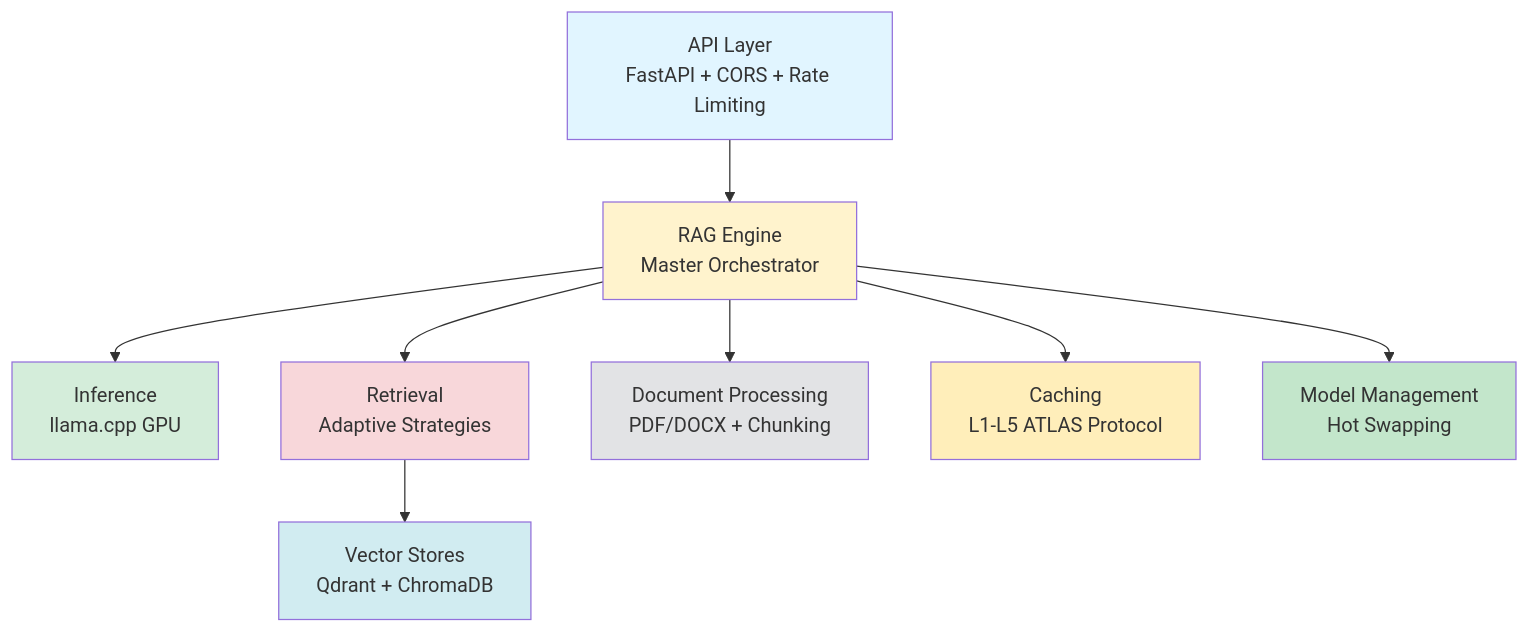
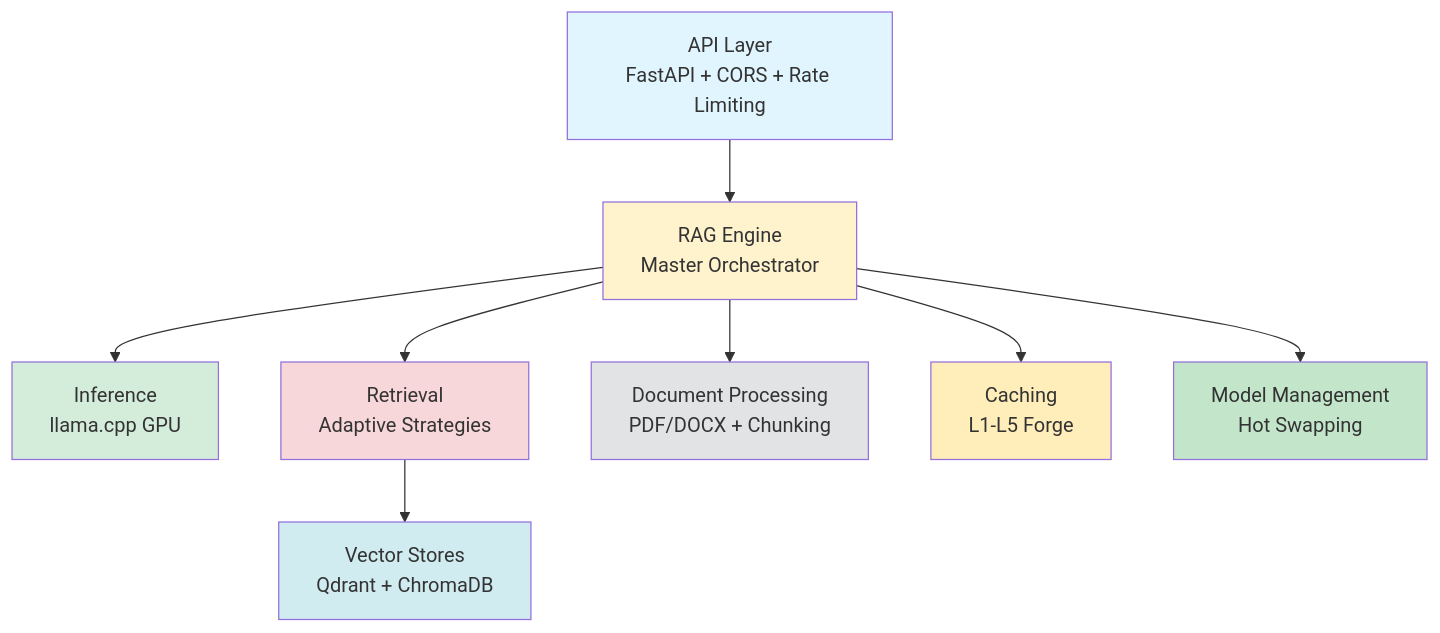
One commit to zhadyz/tactical-rag-system changed the first of 2 diagrams in docs-site/pages/architecture/backend.mdx. Above: the diagram before and after it, drawn with Mermaid. The commit also changed other lines of this file and 116 other files, not shown here.

````diff
--- a/docs-site/pages/architecture/backend.mdx
+++ b/docs-site/pages/architecture/backend.mdx
@@ -50,19 +50,19 @@
 ```mermaid
 graph TB
     A[API Layer<br/>FastAPI + CORS + Rate Limiting] --> B[RAG Engine<br/>Master Orchestrator]
     B --> C[Inference<br/>llama.cpp GPU]
     B --> D[Retrieval<br/>Adaptive Strategies]
     D --> E[Vector Stores<br/>Qdrant + ChromaDB]
     B --> F[Document Processing<br/>PDF/DOCX + Chunking]
-    B --> G[Caching<br/>L1-L5 ATLAS Protocol]
+    B --> G[Caching<br/>L1-L5 Forge]
     B --> H[Model Management<br/>Hot Swapping]
 
     style A fill:#e1f5ff
     style B fill:#fff3cd
     style C fill:#d4edda
     style D fill:#f8d7da
     style E fill:#d1ecf1
     style F fill:#e2e3e5
     style G fill:#ffeeba
     style H fill:#c3e6cb
 ```
````
